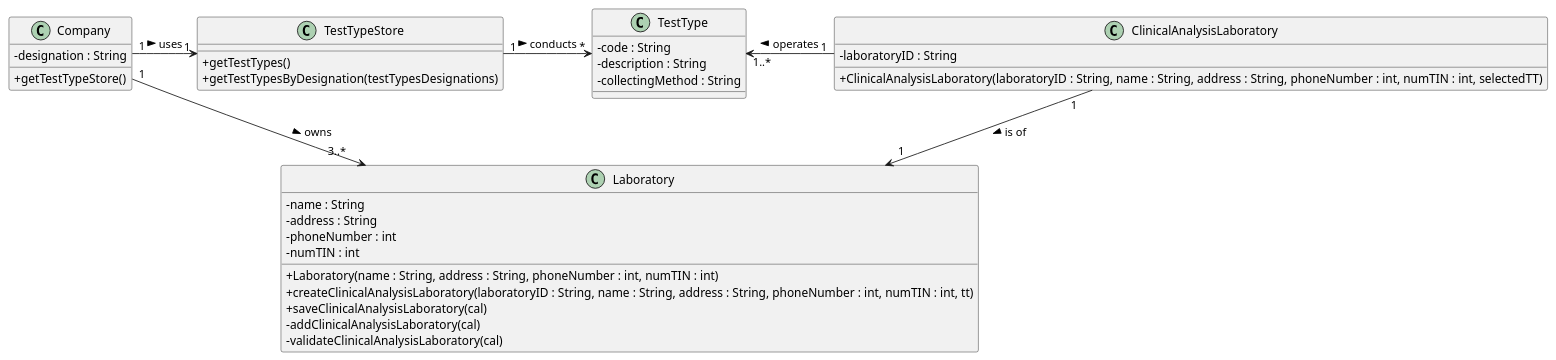
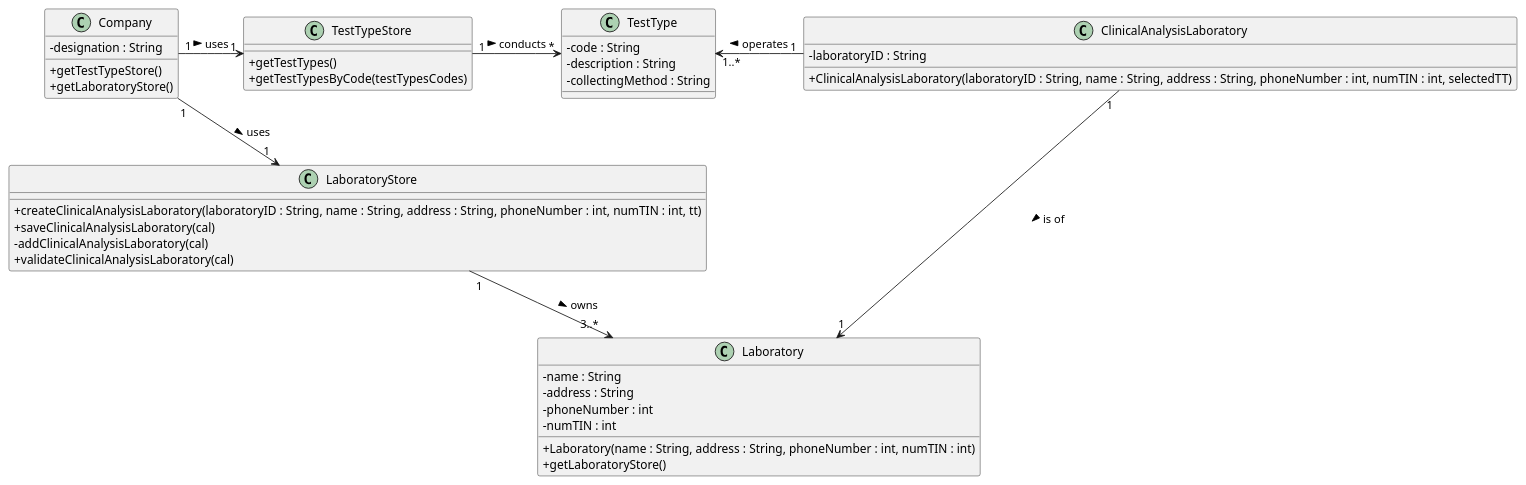
One commit to ana-albergaria/LAPR2-ISEP changed the diagram in docs/SprintB/US_8/US8_CD.puml. Above: the diagram before and after it, drawn with PlantUML. The commit also changed 4 other files, not shown here.

```diff
--- a/docs/SprintB/US_8/US8_CD.puml
+++ b/docs/SprintB/US_8/US8_CD.puml
@@ -1,83 +1,92 @@
 @startuml
 skinparam classAttributeIconSize 0
+
 /'
 class App {
 +{static} getInstance() : App
 +getCurrentSession() : UserSession
 }
 '/
 /'
 class UserSession {
 +isLoggedInWithRole() : boolean
 }
 '/
 
 class Laboratory {
 -name : String
 -address : String
 -phoneNumber : int
 -numTIN : int
 +Laboratory(name : String, address : String, phoneNumber : int, numTIN : int)
-+createClinicalAnalysisLaboratory(laboratoryID : String, name : String, address : String, phoneNumber : int, numTIN : int, tt)
-+saveClinicalAnalysisLaboratory(cal)
--addClinicalAnalysisLaboratory(cal)
--validateClinicalAnalysisLaboratory(cal)
++getLaboratoryStore()
 }
 
 class ClinicalAnalysisLaboratory {
 -laboratoryID : String
 +ClinicalAnalysisLaboratory(laboratoryID : String, name : String, address : String, phoneNumber : int, numTIN : int, selectedTT)
 }
 
 class TestType {
 - code : String
 - description : String
 - collectingMethod : String
 }
 
 class Company {
 -designation : String
 +getTestTypeStore()
++getLaboratoryStore()
 /'+getTestTypes()
 +getTestTypesByDesignation(selectedTestTypes)'/
 }
+
 class TestTypeStore {
 +getTestTypes()
-+getTestTypesByDesignation(testTypesDesignations)
++getTestTypesByCode(testTypesCodes)
+}
+
+class LaboratoryStore {
++createClinicalAnalysisLaboratory(laboratoryID : String, name : String, address : String, phoneNumber : int, numTIN : int, tt)
++saveClinicalAnalysisLaboratory(cal)
+-addClinicalAnalysisLaboratory(cal)
++validateClinicalAnalysisLaboratory(cal)
 }
 
 /'class RegisterNewCalController {
 +getTestTypes()
 +createClinicalAnalysisLaboratory(laboratoryID : String, name : String, address : String, phoneNumber : int, numTIN : int, testTypesDesignations)
 +saveClinicalAnalysisLaboratory()
 }'/
 
 /'class RegisterNewCalUI {}'/
 
 /'RegisterNewCalUI ..> RegisterNewCalController'/
 /'RegisterNewCalController ..> Laboratory
 RegisterNewCalController ..> TestType
 RegisterNewCalController ..> ClinicalAnalysisLaboratory
 RegisterNewCalController ..> Company'/
 /'RegisterNewCalController ..> App
 RegisterNewCalController ..> UserSession'/
 
 
 
 Company "1" -> "1" TestTypeStore : uses >
 TestTypeStore "1" -> "*" TestType : conducts >
 /'VERIFICAR MULTIPLICIDADE LINHA ABAIXO'/
 ClinicalAnalysisLaboratory "1" --> "1" Laboratory : is of >
-Company "1" --> "3..*" Laboratory : owns >
+Company "1" -> "1" LaboratoryStore : uses >
+LaboratoryStore "1" --> "3..*" Laboratory : owns >
 ClinicalAnalysisLaboratory "1" -> "1..*" TestType : operates >
 
+TestTypeStore -[hidden]-> LaboratoryStore
 
 TestType -[hidden]down-> ClinicalAnalysisLaboratory
 
 /'Laboratory <|-- ClinicalAnalysisLaboratory'/
 
 
 
 
 
 @enduml
```
